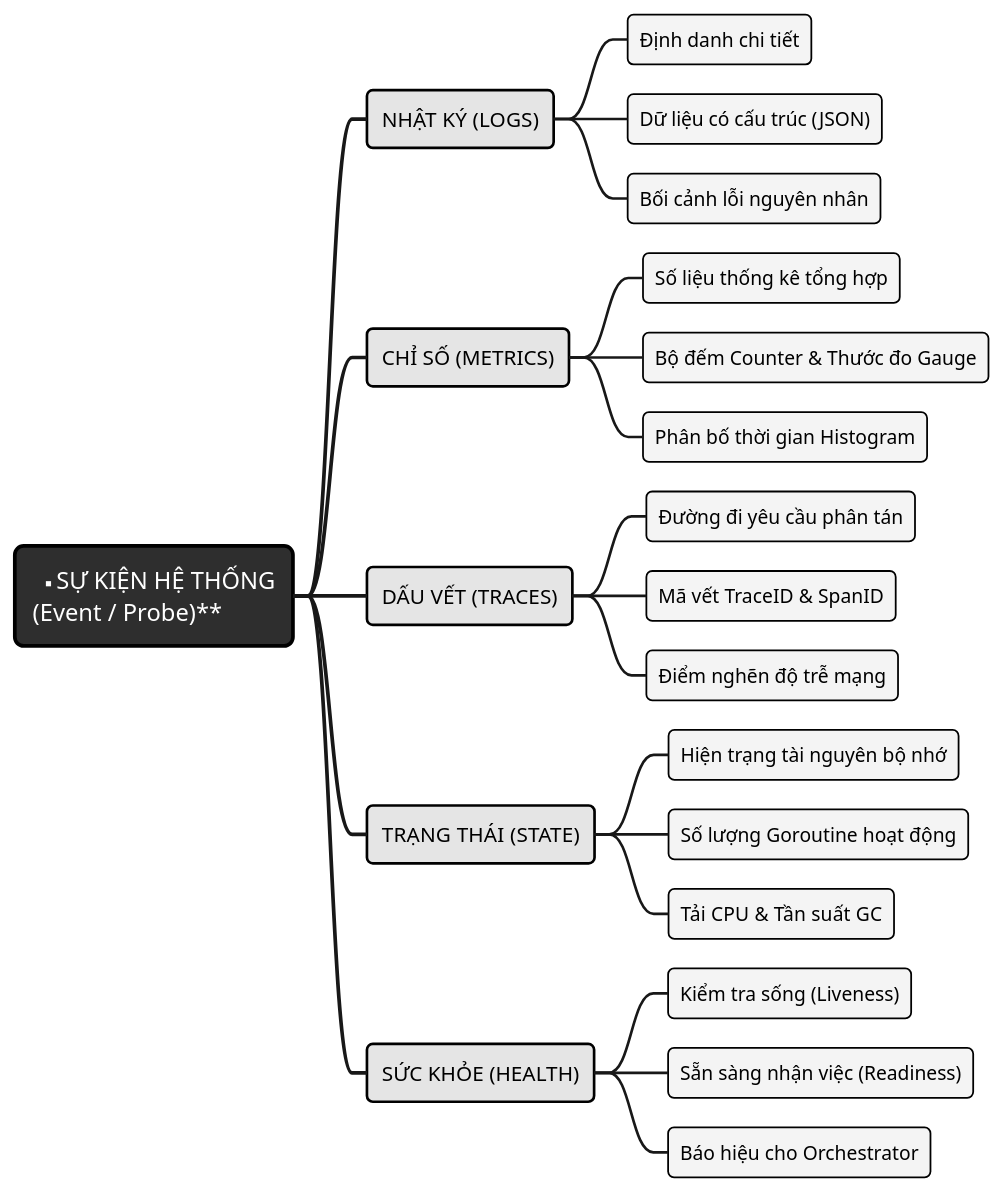
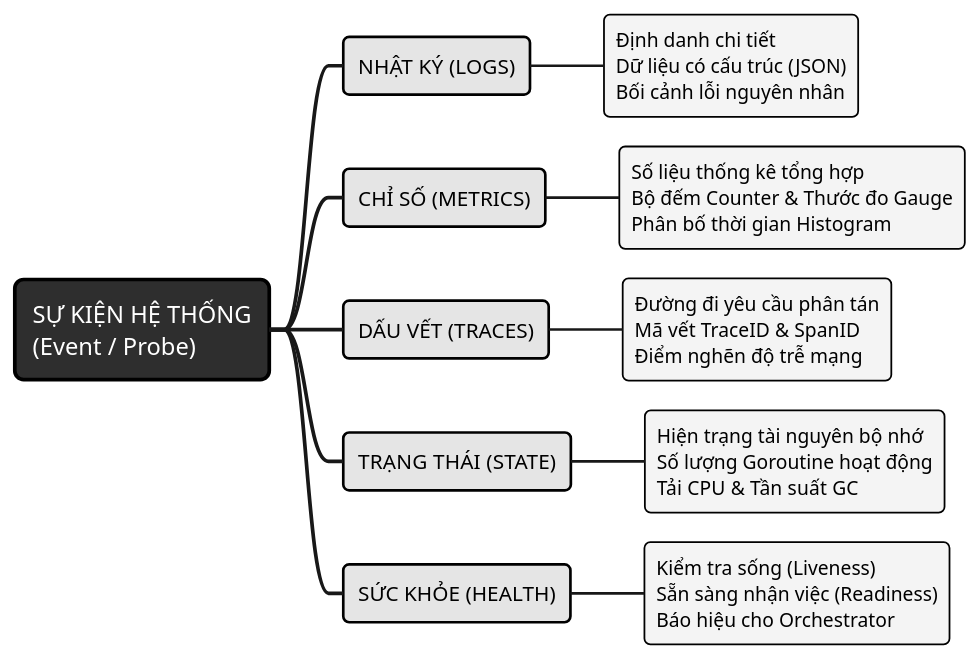
Before and after one commit to Minhlike/Golang: the diagram in assets/diagrams/observability-projections.puml, drawn with PlantUML. The commit also changed 98 other files, not shown here.

```diff
--- a/assets/diagrams/observability-projections.puml
+++ b/assets/diagrams/observability-projections.puml
@@ -1,55 +1,45 @@
 @startmindmap
 skinparam backgroundColor white
 skinparam defaultFontName "Source Sans 3"
 skinparam defaultFontSize 14
 <style>
 mindmapDiagram {
   node {
     BackgroundColor #F4F4F4
     LineColor #000000
     LineThickness 1.2
     FontColor #000000
     FontSize 13
     RoundCorner 8
     Padding 8
   }
   :depth(0) {
     BackgroundColor #2E2E2E
     FontColor #FFFFFF
     FontSize 16
     LineThickness 2.5
     RoundCorner 12
     Padding 12
   }
   :depth(1) {
     BackgroundColor #E5E5E5
     FontColor #000000
     FontSize 14
     LineThickness 1.8
     RoundCorner 8
     Padding 10
   }
 }
 </style>
-* **SỰ KIỆN HỆ THỐNG\n(Event / Probe)**
+* SỰ KIỆN HỆ THỐNG\n(Event / Probe)
 ** NHẬT KÝ (LOGS)
-*** Định danh chi tiết
-*** Dữ liệu có cấu trúc (JSON)
-*** Bối cảnh lỗi nguyên nhân
+*** Định danh chi tiết\nDữ liệu có cấu trúc (JSON)\nBối cảnh lỗi nguyên nhân
 ** CHỈ SỐ (METRICS)
-*** Số liệu thống kê tổng hợp
-*** Bộ đếm Counter & Thước đo Gauge
-*** Phân bố thời gian Histogram
+*** Số liệu thống kê tổng hợp\nBộ đếm Counter & Thước đo Gauge\nPhân bố thời gian Histogram
 ** DẤU VẾT (TRACES)
-*** Đường đi yêu cầu phân tán
-*** Mã vết TraceID & SpanID
-*** Điểm nghẽn độ trễ mạng
+*** Đường đi yêu cầu phân tán\nMã vết TraceID & SpanID\nĐiểm nghẽn độ trễ mạng
 ** TRẠNG THÁI (STATE)
-*** Hiện trạng tài nguyên bộ nhớ
-*** Số lượng Goroutine hoạt động
-*** Tải CPU & Tần suất GC
+*** Hiện trạng tài nguyên bộ nhớ\nSố lượng Goroutine hoạt động\nTải CPU & Tần suất GC
 ** SỨC KHỎE (HEALTH)
-*** Kiểm tra sống (Liveness)
-*** Sẵn sàng nhận việc (Readiness)
-*** Báo hiệu cho Orchestrator
+*** Kiểm tra sống (Liveness)\nSẵn sàng nhận việc (Readiness)\nBáo hiệu cho Orchestrator
 @endmindmap
```
